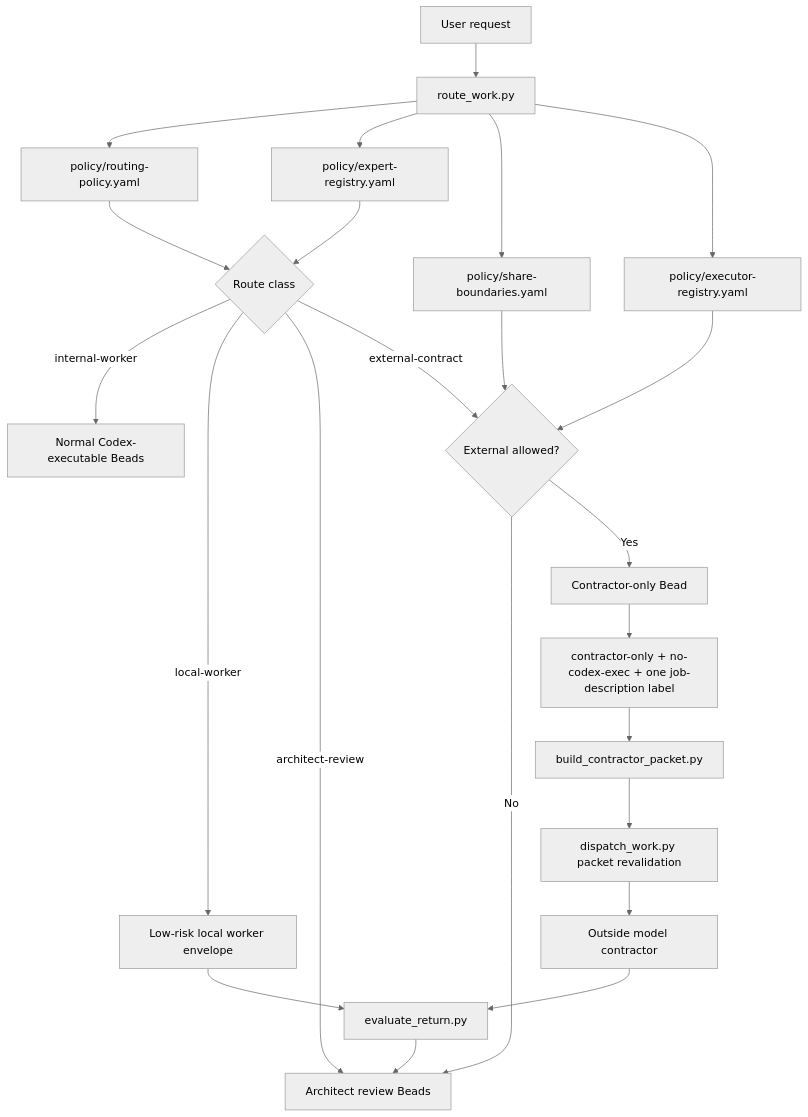
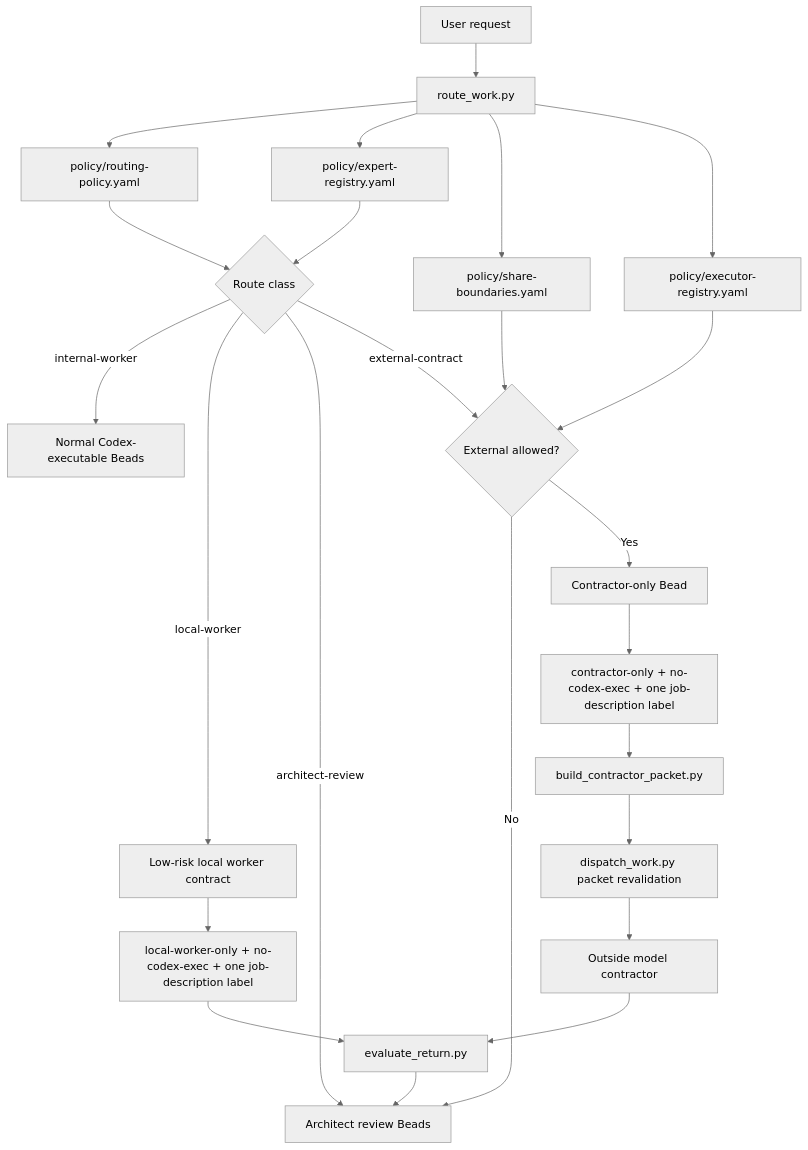
The second of 5 diagrams in README.md (gprocunier/complex-work-orchestration), drawn with Mermaid (neutral theme) before and after one commit. The commit also changed other lines of this file and 24 other files, not shown here.

````diff
--- a/README.md
+++ b/README.md
@@ -156,28 +158,29 @@
 ```mermaid
 flowchart TD
     Request[User request] --> Classifier[route_work.py]
     Classifier --> Routing[policy/routing-policy.yaml]
     Classifier --> Experts[policy/expert-registry.yaml]
     Classifier --> Share[policy/share-boundaries.yaml]
     Classifier --> Executors[policy/executor-registry.yaml]
 
     Routing --> Decision{Route class}
     Experts --> Decision
     Share --> Gate{External allowed?}
     Executors --> Gate
 
     Decision -->|internal-worker| Worker[Normal Codex-executable Beads]
-    Decision -->|local-worker| Local[Low-risk local worker envelope]
+    Decision -->|local-worker| Local[Low-risk local worker contract]
     Decision -->|architect-review| Architect[Architect review Beads]
     Decision -->|external-contract| Gate
 
-    Local --> Return[evaluate_return.py]
+    Local --> LocalGuard[local-worker-only + no-codex-exec + one job-description label]
+    LocalGuard --> Return[evaluate_return.py]
     Gate -->|No| Architect
     Gate -->|Yes| Contract[Contractor-only Bead]
     Contract --> Guard[contractor-only + no-codex-exec + one job-description label]
     Guard --> Packet[build_contractor_packet.py]
     Packet --> Validate[dispatch_work.py packet revalidation]
     Validate --> Outside[Outside model contractor]
     Outside --> Return
     Return --> Architect
 ```
````
